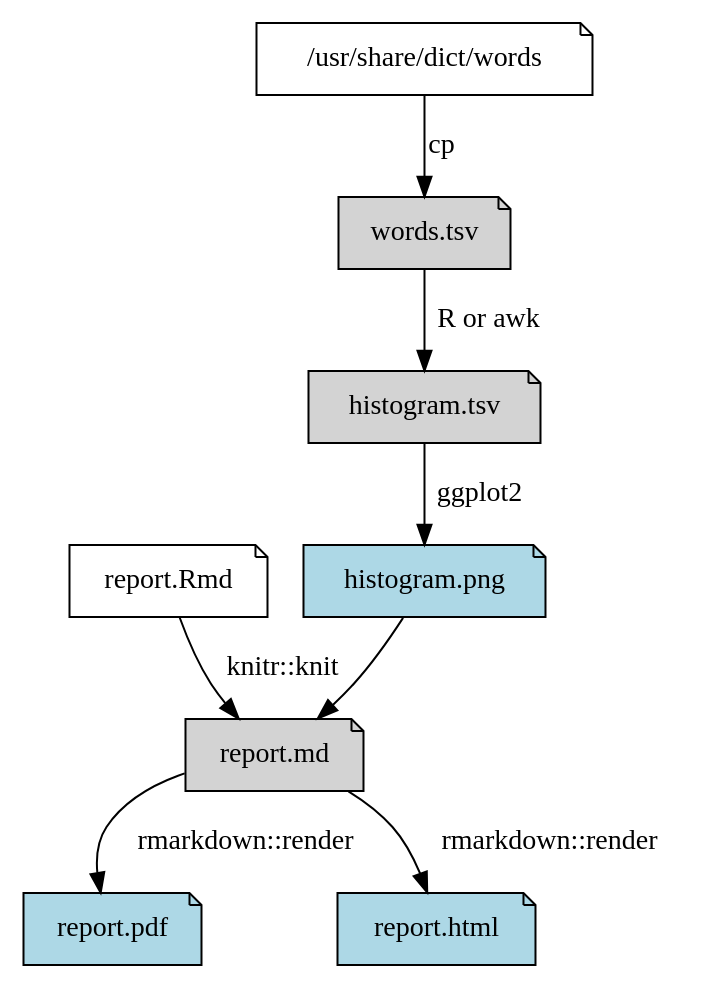
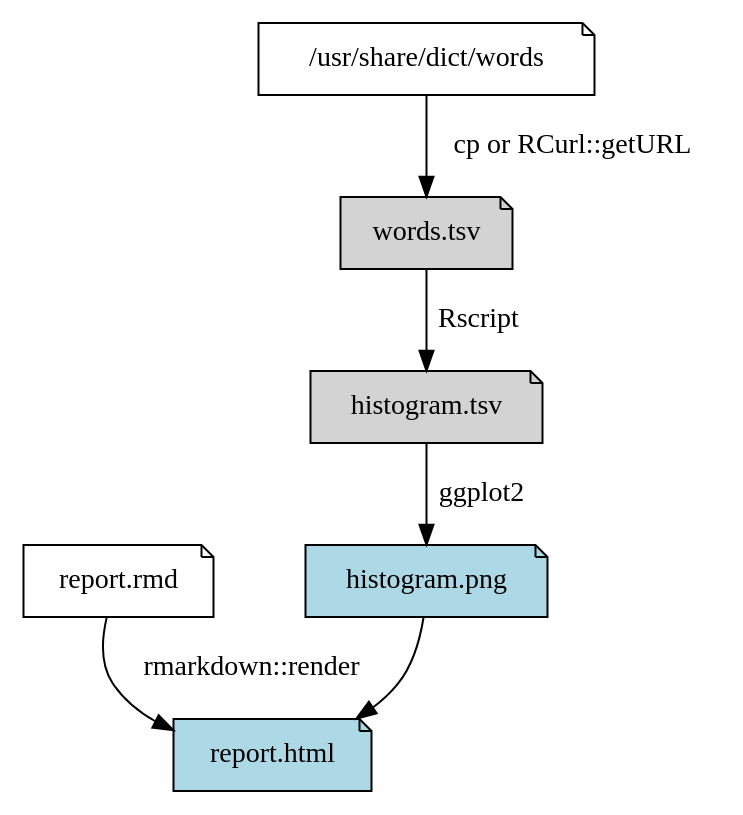
The diagram in block023_pipelines/images/activity.gv (STAT545-UBC/STAT545-UBC-original-website), drawn with Graphviz before and after one commit. The commit also changed 7 other files, not shown here.

```diff
--- a/block023_pipelines/images/activity.gv
+++ b/block023_pipelines/images/activity.gv
@@ -1,29 +1,25 @@
 digraph "activity" {
 
 node [style = "filled"]
 
 node [shape = "note" fillcolor="white"]
 
-"report.Rmd"
+"report.rmd"
 "/usr/share/dict/words"
 
 node [shape = "note" fillcolor="lightgray"]
 
 "words.tsv"
 "histogram.tsv"
-"report.md"
 
 node [shape = "note" fillcolor="lightblue"]
 
 "histogram.png"
-"report.pdf"
 "report.html"
 
-"/usr/share/dict/words" -> "words.tsv" [label="cp"]
-"words.tsv" -> "histogram.tsv" [label="R or awk"]
+"/usr/share/dict/words" -> "words.tsv" [label="cp or RCurl::getURL"]
+"words.tsv" -> "histogram.tsv" [label="Rscript"]
 "histogram.tsv" -> "histogram.png" [label="ggplot2"]
-"histogram.png" -> "report.md"
-"report.Rmd" -> "report.md" [label="knitr::knit"]
-"report.md" -> "report.html" [label="rmarkdown::render"]
-"report.md" -> "report.pdf" [label="rmarkdown::render"]
+"histogram.png" -> "report.html"
+"report.rmd" -> "report.html" [label="rmarkdown::render"]
 }
```
